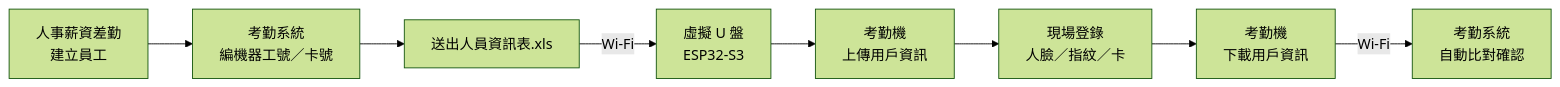
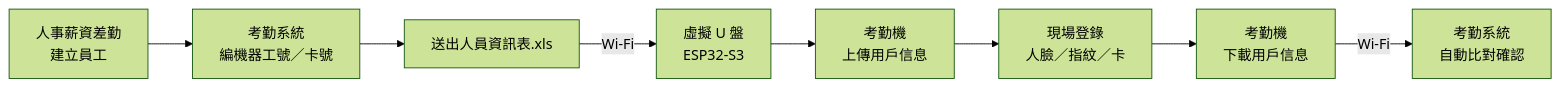
One commit to achir1015/zms-attendance changed the diagram in README.md. Above: the diagram before and after it, drawn with Mermaid (forest theme). The commit also changed other lines of this file and 46 other files, not shown here.

````diff
--- a/README.md
+++ b/README.md
@@ -115,10 +136,10 @@
 ```mermaid
 flowchart LR
   HR[人事薪資差勤<br>建立員工] --> EN[考勤系統<br>編機器工號／卡號]
   EN --> SEND[送出人員資訊表.xls]
   SEND -->|Wi-Fi| VU[虛擬 U 盤<br>ESP32-S3]
-  VU --> DEV[考勤機<br>上傳用戶資訊]
+  VU --> DEV[考勤機<br>上傳用戶信息]
   DEV --> BIO[現場登錄<br>人臉／指紋／卡]
-  BIO --> DL[考勤機<br>下載用戶資訊]
+  BIO --> DL[考勤機<br>下載用戶信息]
   DL -->|Wi-Fi| CHK[考勤系統<br>自動比對確認]
 ```
````
